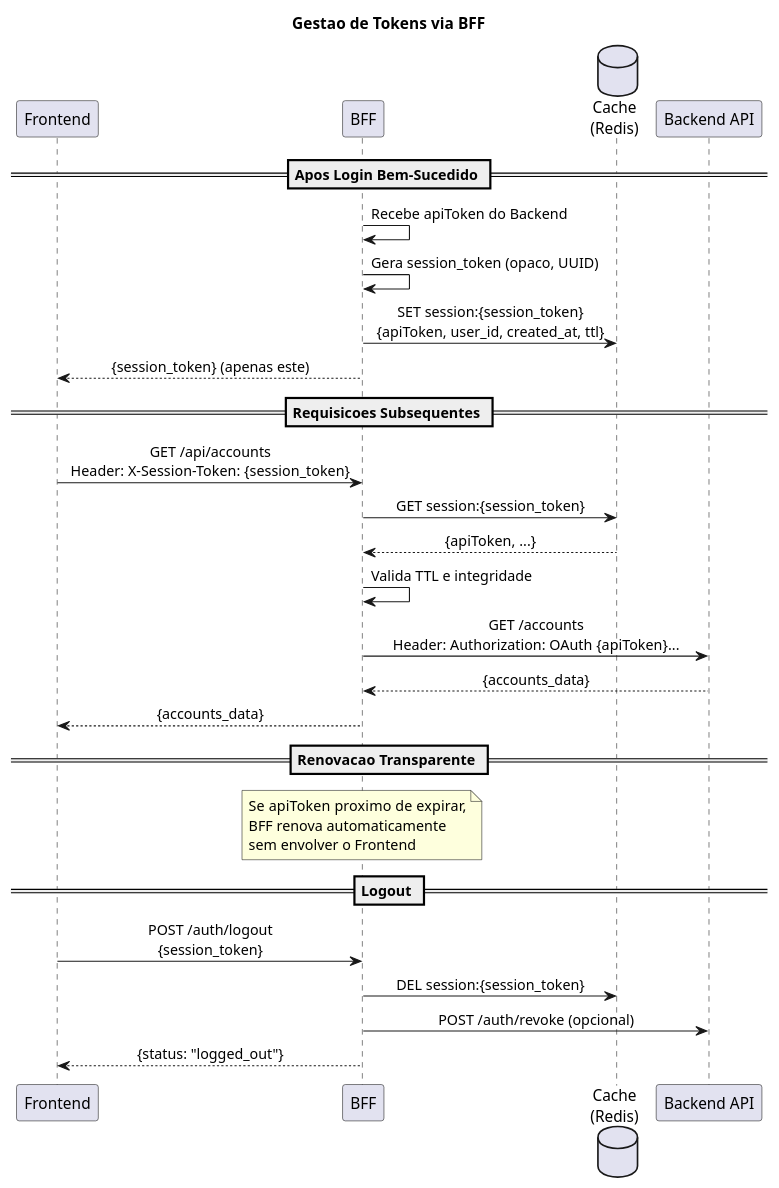
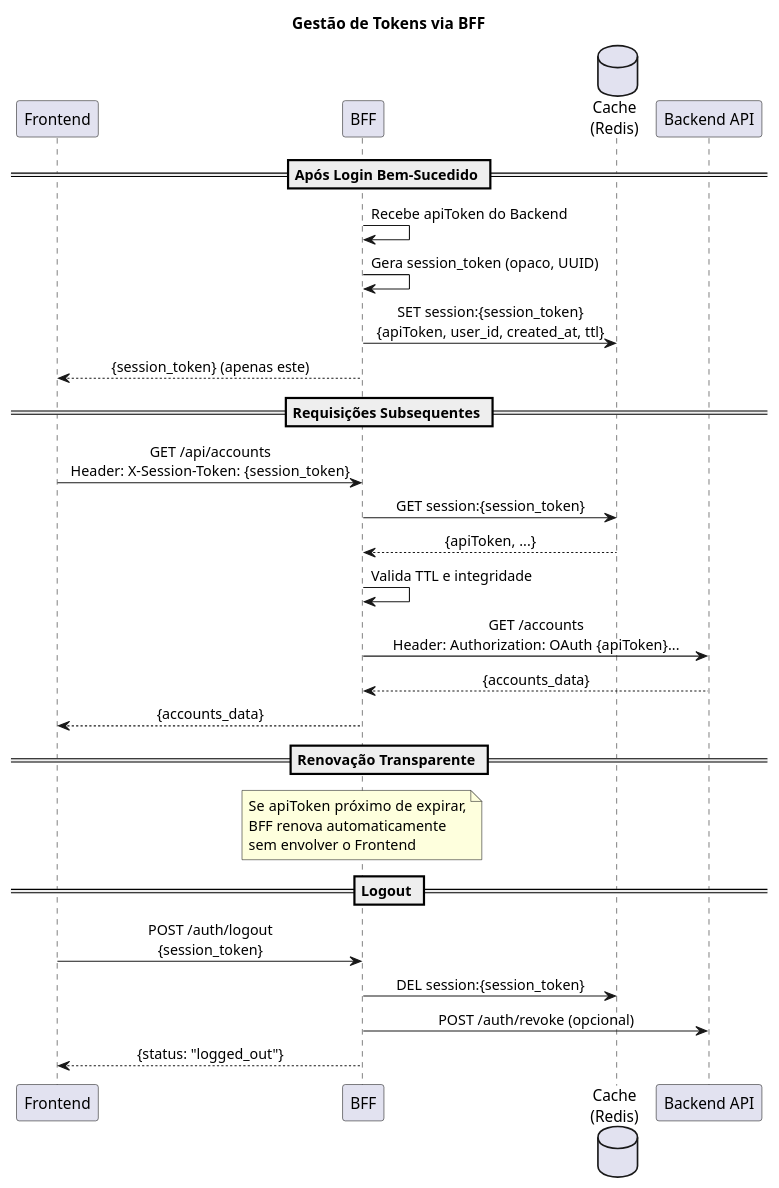
Before and after one commit to beduardo/novobanco_website_doc: the fifth of 7 diagrams in current/definitions/DEF-05-autenticacao-oauth.md, drawn with PlantUML. The commit also changed other lines of this file and 182 other files, not shown here.

````diff
--- a/current/definitions/DEF-05-autenticacao-oauth.md
+++ b/current/definitions/DEF-05-autenticacao-oauth.md
@@ -240,41 +240,41 @@
 ```plantuml
 @startuml
 skinparam sequenceMessageAlign center
 
-title Gestao de Tokens via BFF
+title Gestão de Tokens via BFF
 
 participant "Frontend" as FE
 participant "BFF" as BFF
 database "Cache\n(Redis)" as Cache
 participant "Backend API" as API
 
-== Apos Login Bem-Sucedido ==
+== Após Login Bem-Sucedido ==
 BFF -> BFF : Recebe apiToken do Backend
 BFF -> BFF : Gera session_token (opaco, UUID)
 BFF -> Cache : SET session:{session_token}\n{apiToken, user_id, created_at, ttl}
 BFF --> FE : {session_token} (apenas este)
 
-== Requisicoes Subsequentes ==
+== Requisições Subsequentes ==
 FE -> BFF : GET /api/accounts\nHeader: X-Session-Token: {session_token}
 BFF -> Cache : GET session:{session_token}
 Cache --> BFF : {apiToken, ...}
 BFF -> BFF : Valida TTL e integridade
 BFF -> API : GET /accounts\nHeader: Authorization: OAuth {apiToken}...
 API --> BFF : {accounts_data}
 BFF --> FE : {accounts_data}
 
-== Renovacao Transparente ==
+== Renovação Transparente ==
 note over BFF
-Se apiToken proximo de expirar,
+Se apiToken próximo de expirar,
 BFF renova automaticamente
 sem envolver o Frontend
 end note
 
 == Logout ==
 FE -> BFF : POST /auth/logout\n{session_token}
 BFF -> Cache : DEL session:{session_token}
 BFF -> API : POST /auth/revoke (opcional)
 BFF --> FE : {status: "logged_out"}
 
 @enduml
 ```
````
